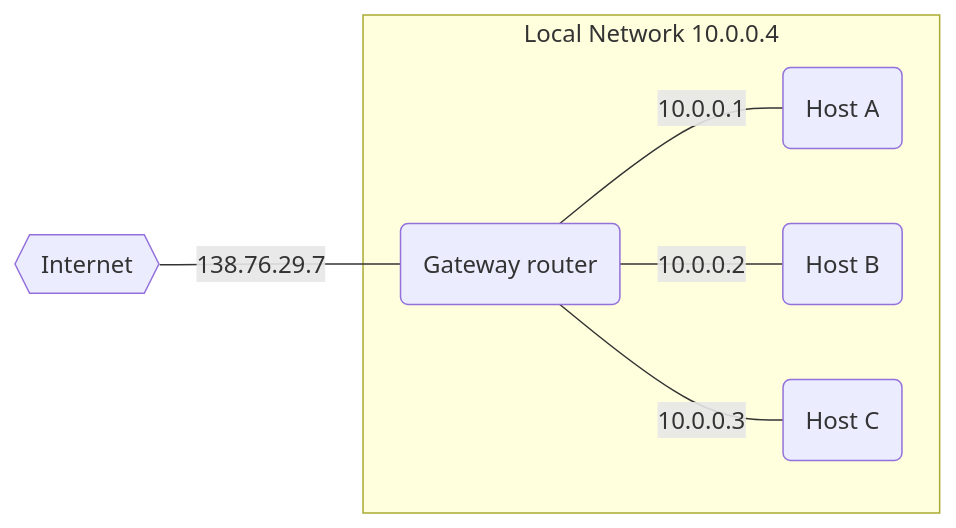
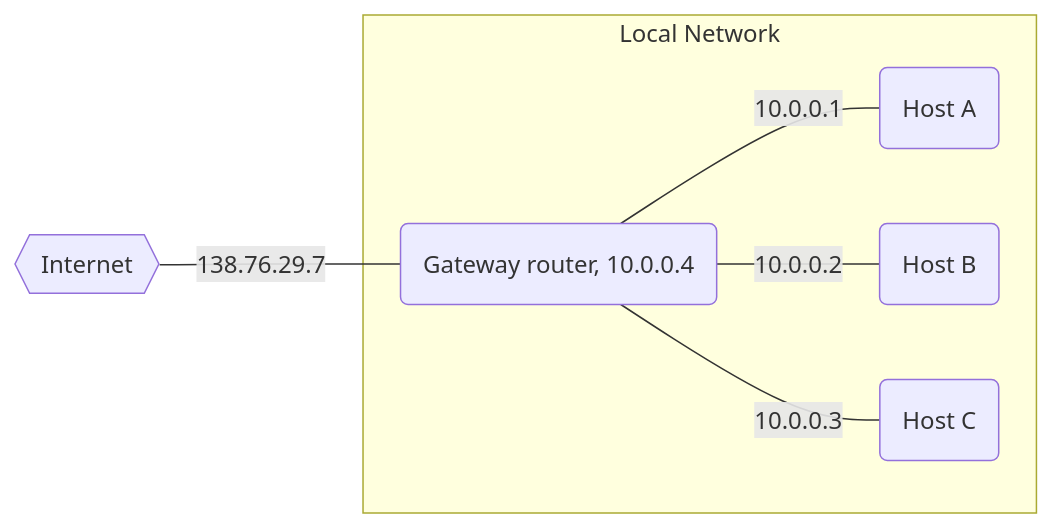
One commit to benwang2/obsidian-f22 changed the diagram in Rutgers/2022 Fall/352/Notes/Lecture 22.md. Above: the diagram before and after it, drawn with Mermaid. The commit also changed other lines of this file, not shown here.

````diff
--- a/Rutgers/2022 Fall/352/Notes/Lecture 22.md
+++ b/Rutgers/2022 Fall/352/Notes/Lecture 22.md
@@ -45,9 +46,9 @@
 ```mermaid
 flowchart LR;
-	A{{Internet}} ---|138.76.29.7| B(Gateway router)
-	subgraph Local Network 10.0.0.4
+	A{{Internet}} ---|138.76.29.7| B(Gateway router, 10.0.0.4)
+	subgraph Local Network 
 	B ---|10.0.0.1| C(Host A)
 	B ---|10.0.0.2| D(Host B)
 	B ---|10.0.0.3| E(Host C)
 	end
 ```
````
